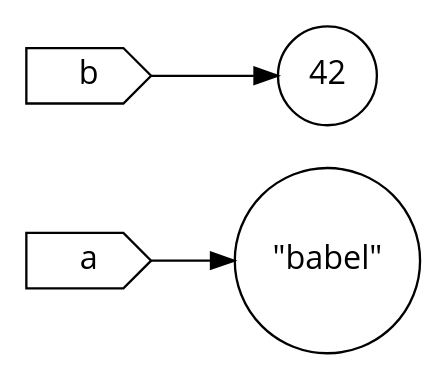
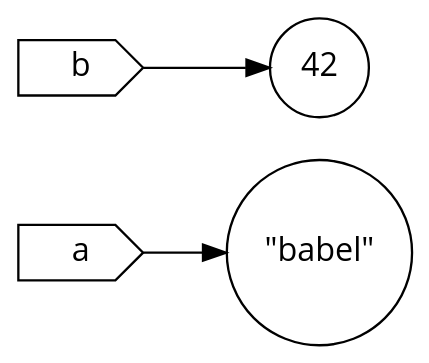
The third of 5 diagrams in org/promo.org (tarjeiba/promo), drawn with Graphviz before and after one commit. The commit also changed other lines of this file and 6 other files, not shown here.

```diff
--- a/org/promo.org
+++ b/org/promo.org
@@ -497,13 +498,14 @@
-#+BEGIN_SRC dot :file figurer/navn_rebundet.png :cmdline -Kdot -Tpng :exports results
+#+BEGIN_SRC dot :file ../figurer/navn_rebundet.png :cmdline -Kdot -Tpng :exports results
 digraph {
-rankdir=LR;
+	graph [bgcolor="transparent"]
+	rankdir=LR;
 
-a [shape=cds, fontname="Open Sans"]
-b [shape=cds, fontname="Open Sans"]
-42 [shape=circle, fontname="Open Sans"]
-babel [shape=circle, fontname="Open Sans", label="\"babel\""]
+	a [shape=cds, fontname="Open Sans"]
+	b [shape=cds, fontname="Open Sans"]
+	42 [shape=circle, fontname="Open Sans"]
+	babel [shape=circle, fontname="Open Sans", label="\"babel\""]
 
-b -> 42
-a -> babel
+	b -> 42
+	a -> babel
 }
 #+END_SRC
```
